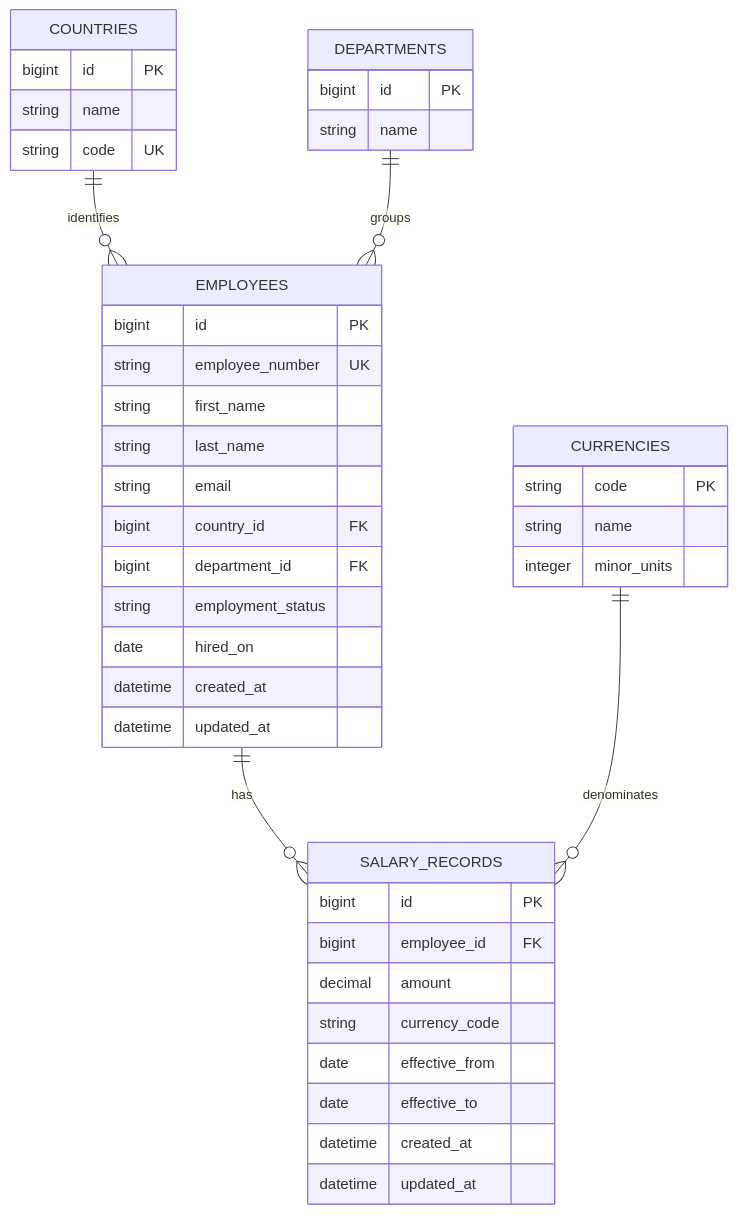
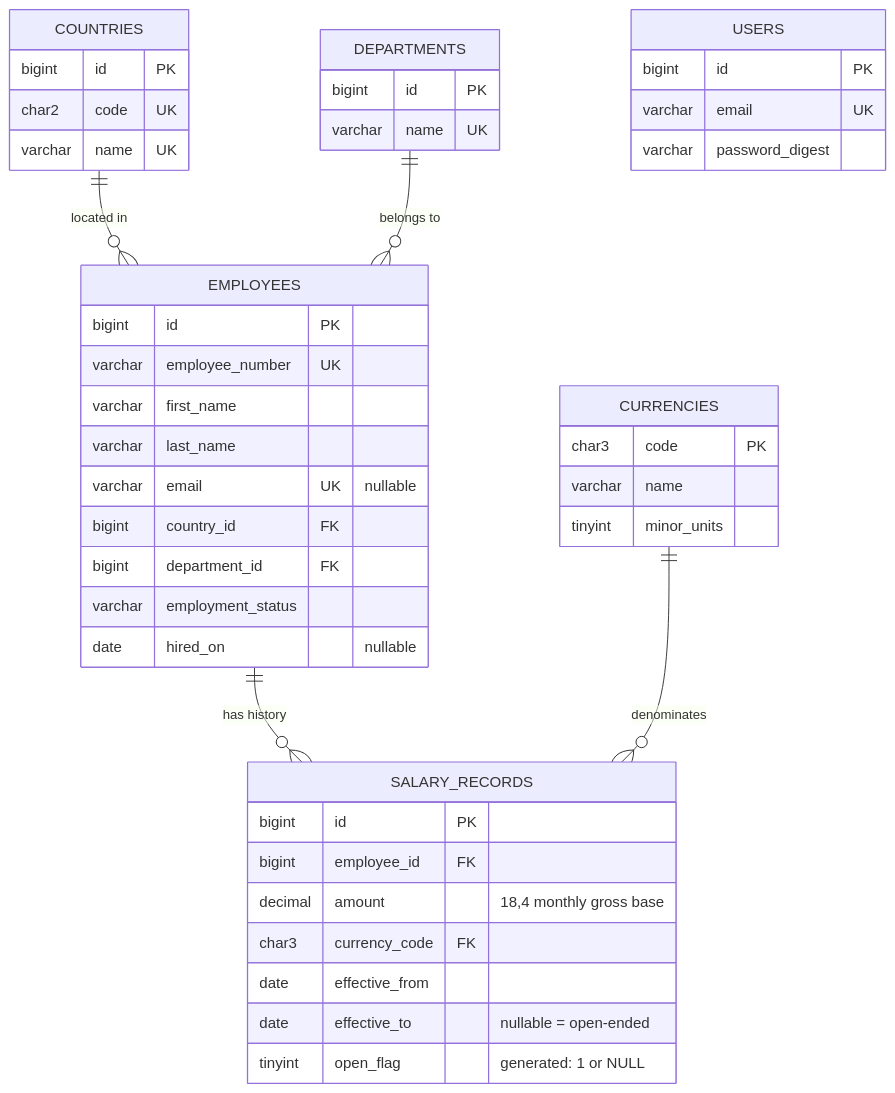
The diagram in docs/database-design.md (sumit-kumar-agrawal/acme_salary_mgt_sys), drawn with Mermaid before and after one commit. The commit also changed other lines of this file and 13 other files, not shown here.

````diff
--- a/docs/database-design.md
+++ b/docs/database-design.md
@@ -16,45 +20,47 @@
 ```mermaid
 erDiagram
-    EMPLOYEES ||--o{ SALARY_RECORDS : has
-    COUNTRIES ||--o{ EMPLOYEES : identifies
-    DEPARTMENTS ||--o{ EMPLOYEES : groups
-    CURRENCIES ||--o{ SALARY_RECORDS : denominates
+    COUNTRIES   ||--o{ EMPLOYEES      : "located in"
+    DEPARTMENTS ||--o{ EMPLOYEES      : "belongs to"
+    EMPLOYEES   ||--o{ SALARY_RECORDS : "has history"
+    CURRENCIES  ||--o{ SALARY_RECORDS : denominates
 
+    USERS {
+      bigint id PK
+      varchar email UK
+      varchar password_digest
+    }
+    COUNTRIES {
+      bigint id PK
+      char2 code UK
+      varchar name UK
+    }
+    DEPARTMENTS {
+      bigint id PK
+      varchar name UK
+    }
+    CURRENCIES {
+      char3 code PK
+      varchar name
+      tinyint minor_units
+    }
     EMPLOYEES {
       bigint id PK
-      string employee_number UK
-      string first_name
-      string last_name
-      string email
+      varchar employee_number UK
+      varchar first_name
+      varchar last_name
+      varchar email UK "nullable"
       bigint country_id FK
       bigint department_id FK
-      string employment_status
-      date hired_on
-      datetime created_at
-      datetime updated_at
+      varchar employment_status
+      date hired_on "nullable"
     }
     SALARY_RECORDS {
       bigint id PK
       bigint employee_id FK
-      decimal amount
-      string currency_code
+      decimal amount "18,4 monthly gross base"
+      char3 currency_code FK
       date effective_from
-      date effective_to
-      datetime created_at
-      datetime updated_at
-    }
-    COUNTRIES {
-      bigint id PK
-      string name
-      string code UK
-    }
-    DEPARTMENTS {
-      bigint id PK
-      string name
-    }
-    CURRENCIES {
-      string code PK
-      string name
-      integer minor_units
+      date effective_to "nullable = open-ended"
+      tinyint open_flag "generated: 1 or NULL"
     }
 ```
````
